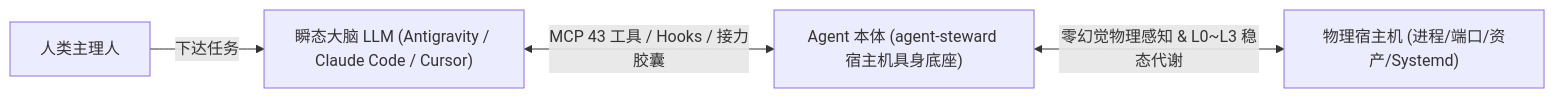
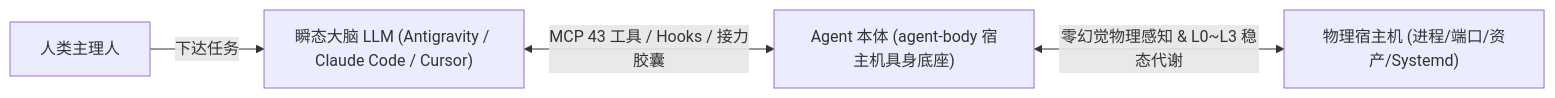
Before and after one commit to digoal/agent-body: the first of 2 diagrams in docs/arch/03-for-users.md, drawn with Mermaid. The commit also changed other lines of this file and 111 other files, not shown here.

Commit message:
feat: rename project to agent-body across code, 43 MCP tools, Web UI, Hooks, Mesh, SKILLs, HTML & docs (#31)

````diff
--- a/docs/arch/03-for-users.md
+++ b/docs/arch/03-for-users.md
@@ -18,6 +18,6 @@
 ```mermaid
 graph LR
     User["人类主理人"] -->|下达任务| Brain["瞬态大脑 LLM (Antigravity / Claude Code / Cursor)"]
-    Brain <-->|"MCP 43 工具 / Hooks / 接力胶囊"| Body["Agent 本体 (agent-steward 宿主机具身底座)"]
+    Brain <-->|"MCP 43 工具 / Hooks / 接力胶囊"| Body["Agent 本体 (agent-body 宿主机具身底座)"]
     Body <-->|"零幻觉物理感知 & L0~L3 稳态代谢"| Host["物理宿主机 (进程/端口/资产/Systemd)"]
 ```
````
